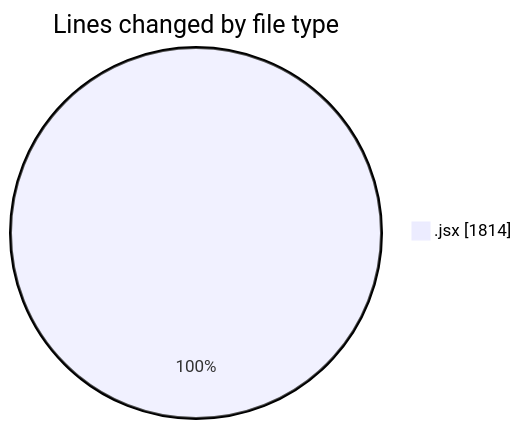
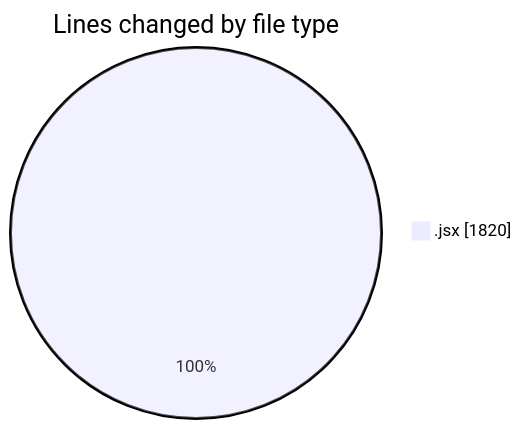
One commit to nxtqubesakshisongat/code-tracking changed the first of 2 diagrams in 2025-07-07/argos/README.md. Above: the diagram before and after it, drawn with Mermaid. The commit also changed other lines of this file and 1 other file, not shown here.

````diff
--- a/2025-07-07/argos/README.md
+++ b/2025-07-07/argos/README.md
@@ -20,5 +20,5 @@
 ```mermaid
 pie showData
 title Lines changed by file type
-".jsx" : 1814
+".jsx" : 1820
 ```
````
